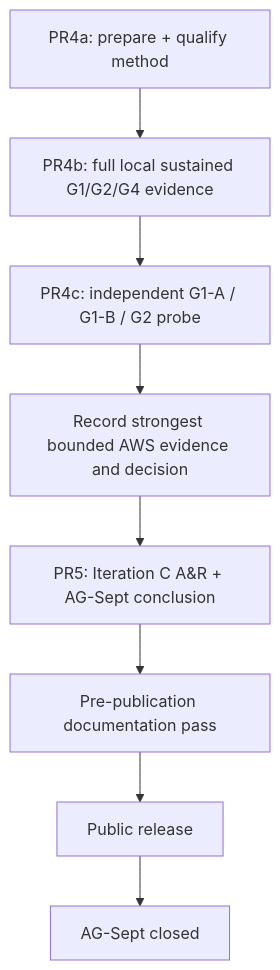
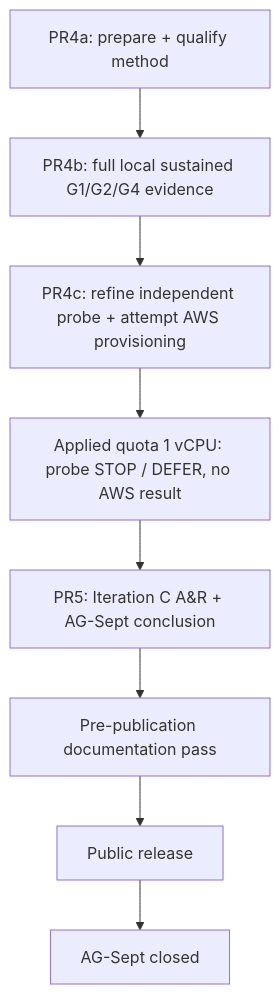
The diagram in docs/planning/ag-sept-plan.md (nancysworld/alloca-go), drawn with Mermaid before and after one commit. The commit also changed other lines of this file and 5 other files, not shown here.

First line of the commit message:
PR4c: close AWS probe on quota blocker

````diff
--- a/docs/planning/ag-sept-plan.md
+++ b/docs/planning/ag-sept-plan.md
@@ -478,10 +447,10 @@
 ```mermaid
 flowchart TD
     A[PR4a: prepare + qualify method] --> B[PR4b: full local sustained G1/G2/G4 evidence]
-    B --> C[PR4c: independent G1-A / G1-B / G2 probe]
-    C --> D[Record strongest bounded AWS evidence and decision]
+    B --> C[PR4c: refine independent probe + attempt AWS provisioning]
+    C --> D[Applied quota 1 vCPU: probe STOP / DEFER, no AWS result]
     D --> E[PR5: Iteration C A&R + AG-Sept conclusion]
     E --> F[Pre-publication documentation pass]
     F --> G[Public release]
     G --> H[AG-Sept closed]
 ```
````
